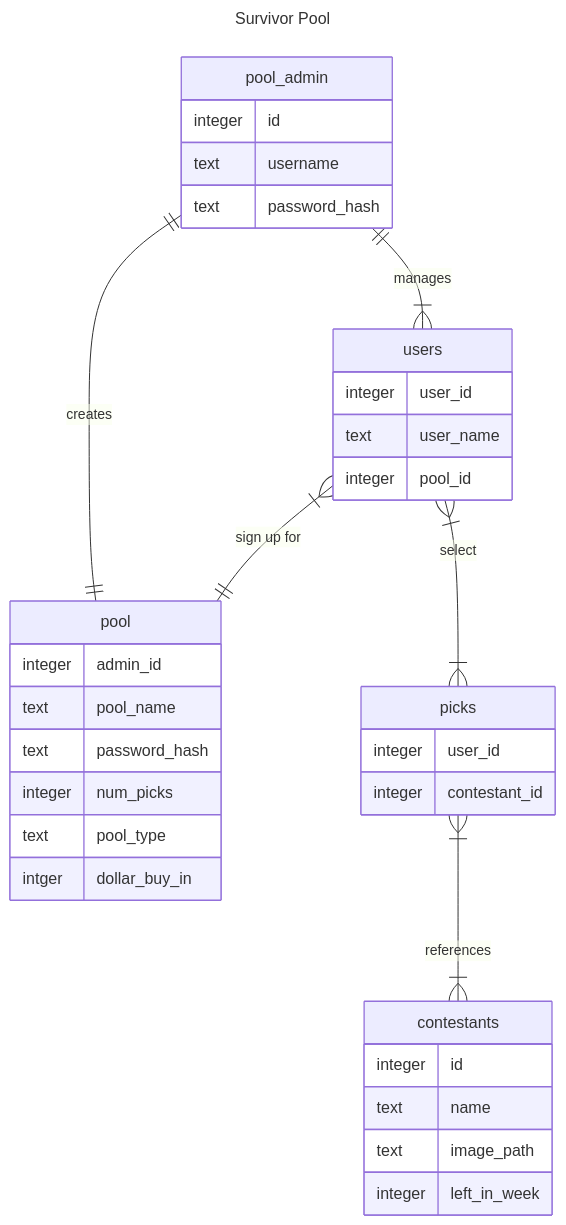
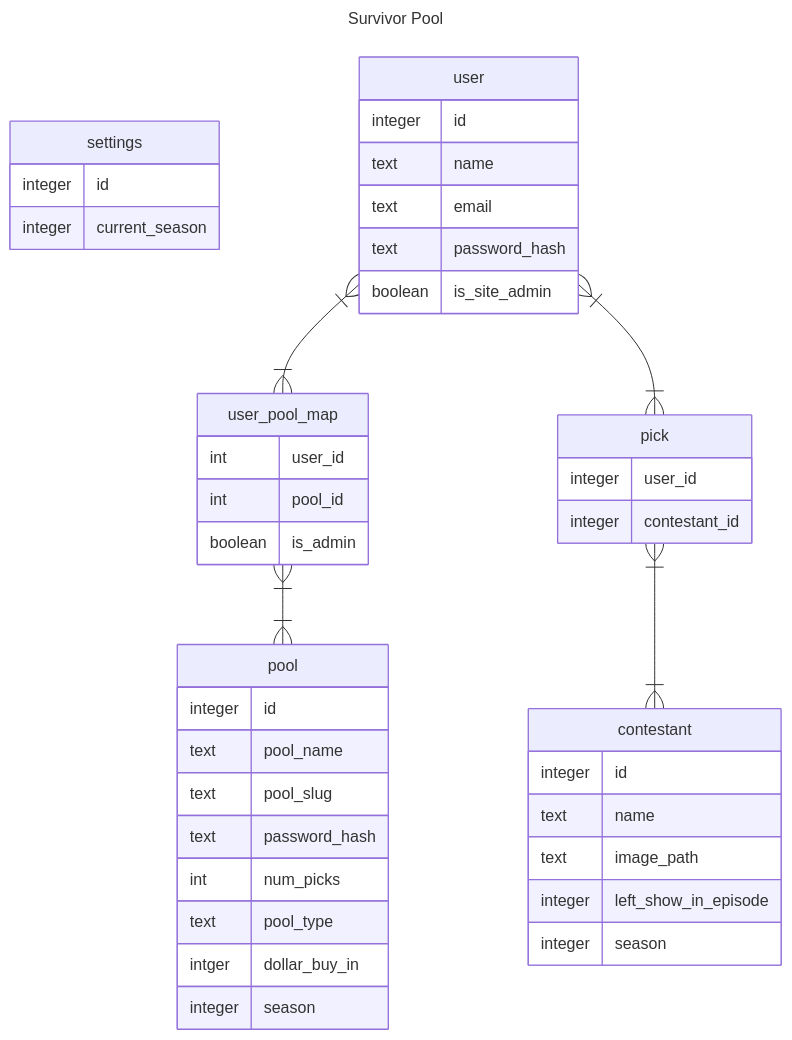
One commit to peterchinman/survivor_pool changed the diagram in README.md. Above: the diagram before and after it, drawn with Mermaid. The commit also changed other lines of this file and 16 other files, not shown here.

````diff
--- a/README.md
+++ b/README.md
@@ -8,44 +7,53 @@
 ```mermaid
 ---
 title: Survivor Pool
 ---
 
 erDiagram
-   pool_admin{
+    settings{
+        integer id
+        integer current_season
+    }
+   pool{
     integer id
-    text username
+    text pool_name
+    text pool_slug
     text password_hash
-   }
-   pool_admin ||--|| pool : "creates"
-   pool{
-    integer admin_id
-    text pool_name
-    text password_hash
-    integer num_picks
+
+    int num_picks
     text pool_type
     intger dollar_buy_in
+    integer season
    }
-   users }|--|| pool : "sign up for"
+   user }|--|{ user_pool_map : ""
+   user_pool_map }|--|{ pool : ""
+
+   user_pool_map {
+    int user_id
+    int pool_id
+    boolean is_admin
+   }
    
-   pool_admin ||--|{ users : manages
-   
-   users{
-    integer user_id
-    text user_name
-    integer pool_id
+   user{
+    integer id
+    text name
+    text email
+    text password_hash
+    boolean is_site_admin
    }
 
-   users }|--|{ picks : "select"
-   picks{
+   user }|--|{ pick : ""
+   pick{
     integer user_id
     integer contestant_id
    }
-    contestants{
+    contestant{
         integer id
         text name
         text image_path
-        integer left_in_week
+        integer left_show_in_episode
+        integer season
     }
-%% contestants }|--|{ picks : ""
-picks }|--|{ contestants : "references"  
+%% contestants }|--|{ pick : ""
+pick }|--|{ contestant : ""  
 ```
````
